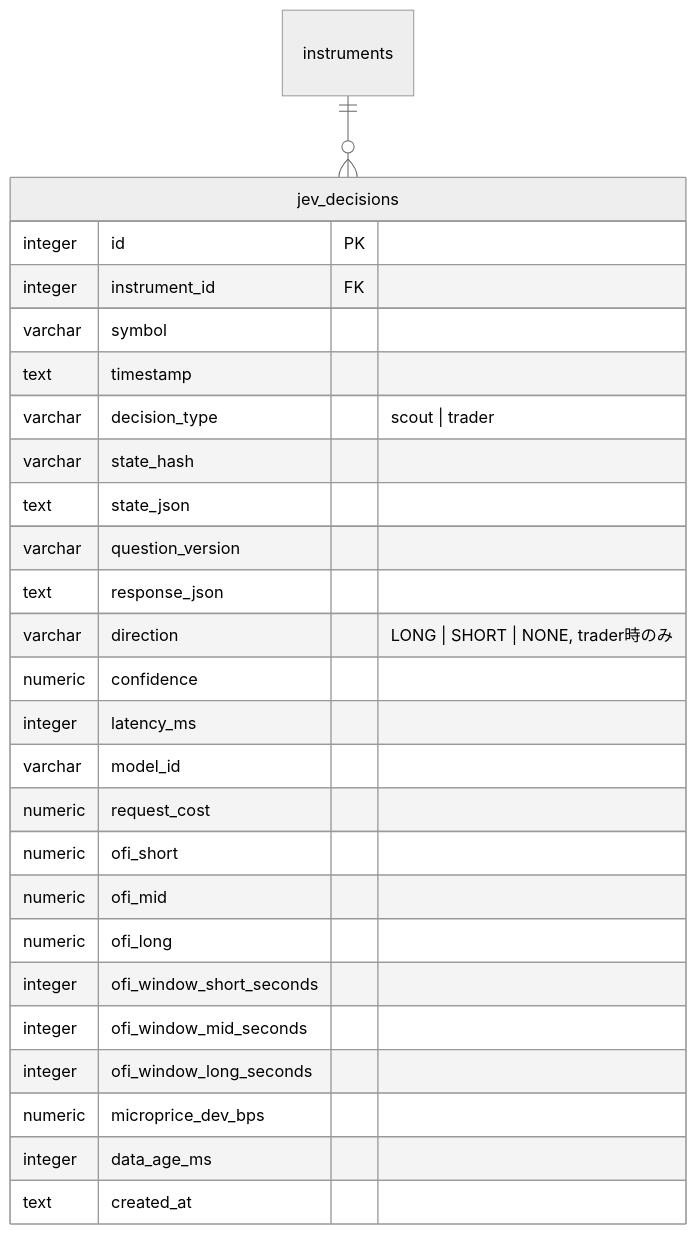
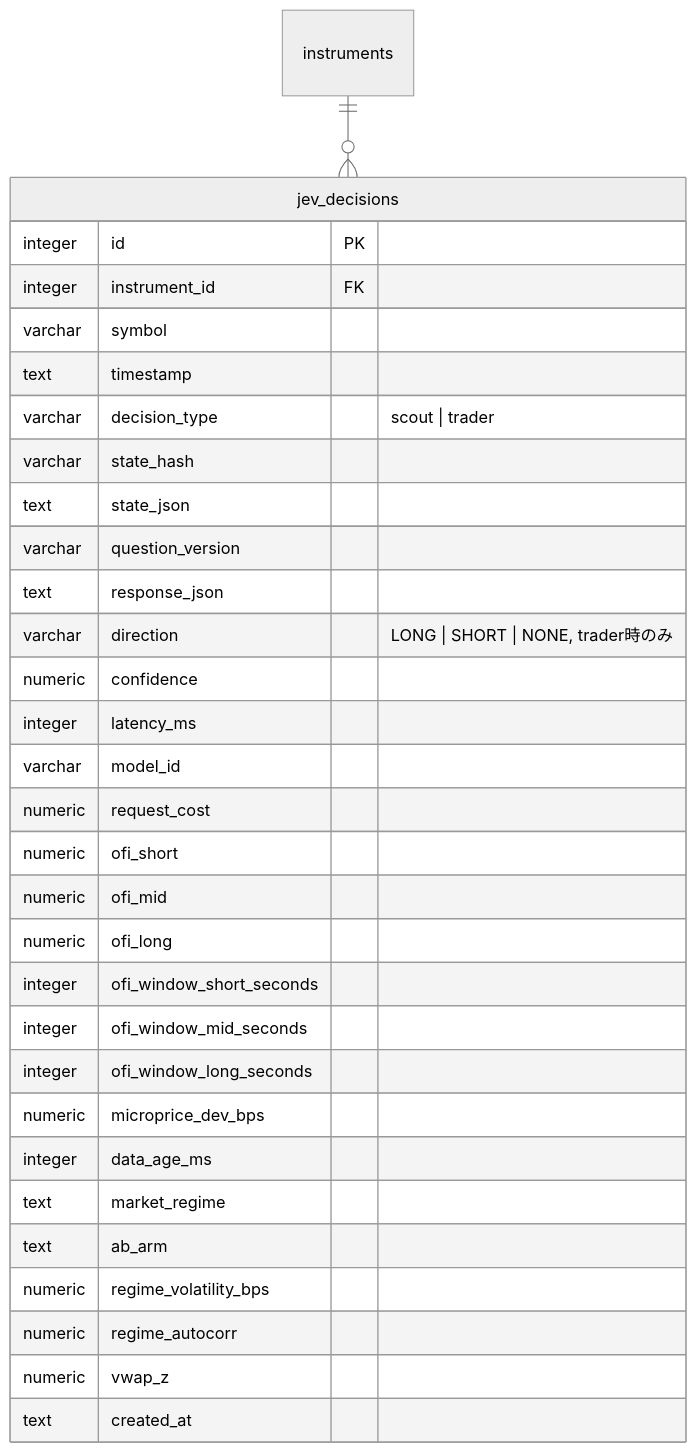
The third of 4 diagrams in docs/architecture/er/tables-market.md (ousiassllc/pitha-trador), drawn with Mermaid (neutral theme) before and after one commit. The commit also changed other lines of this file and 58 other files, not shown here.

````diff
--- a/docs/architecture/er/tables-market.md
+++ b/docs/architecture/er/tables-market.md
@@ -166,29 +166,34 @@
 ```mermaid
 erDiagram
     instruments ||--o{ jev_decisions : ""
     jev_decisions {
         integer id PK
         integer instrument_id FK
         varchar symbol
         text timestamp
         varchar decision_type "scout | trader"
         varchar state_hash
         text state_json
         varchar question_version
         text response_json
         varchar direction "LONG | SHORT | NONE, trader時のみ"
         numeric confidence
         integer latency_ms
         varchar model_id
         numeric request_cost
         numeric ofi_short
         numeric ofi_mid
         numeric ofi_long
         integer ofi_window_short_seconds
         integer ofi_window_mid_seconds
         integer ofi_window_long_seconds
         numeric microprice_dev_bps
         integer data_age_ms
+        text market_regime
+        text ab_arm
+        numeric regime_volatility_bps
+        numeric regime_autocorr
+        numeric vwap_z
         text created_at
     }
 ```
````
